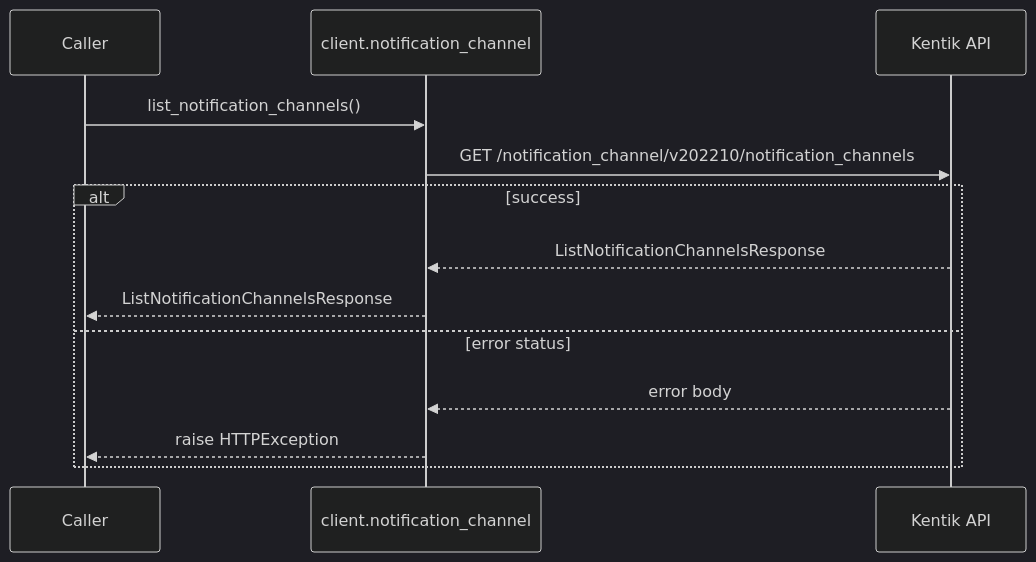
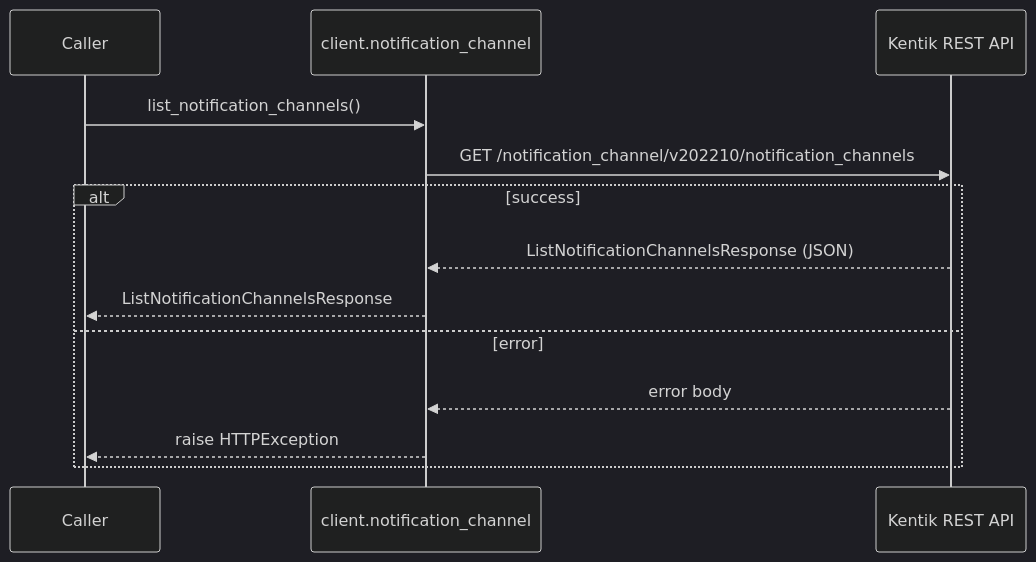
One commit to alexdearaujo/community_sdk_python changed the second of 8 diagrams in docs/sphinx/services/notification_channel.md. Above: the diagram before and after it, drawn with Mermaid (dark theme). The commit also changed other lines of this file and 61 other files, not shown here.

````diff
--- a/docs/sphinx/services/notification_channel.md
+++ b/docs/sphinx/services/notification_channel.md
@@ -33,16 +35,16 @@
 ```mermaid
 sequenceDiagram
     participant C as Caller
     participant W as client.notification_channel
-    participant API as Kentik API
+    participant API as Kentik REST API
 
     C->>W: list_notification_channels()
     W->>API: GET /notification_channel/v202210/notification_channels
     alt success
-        API-->>W: ListNotificationChannelsResponse
+        API-->>W: ListNotificationChannelsResponse (JSON)
         W-->>C: ListNotificationChannelsResponse
-    else error status
+    else error
         API-->>W: error body
         W-->>C: raise HTTPException
     end
 ```
````
